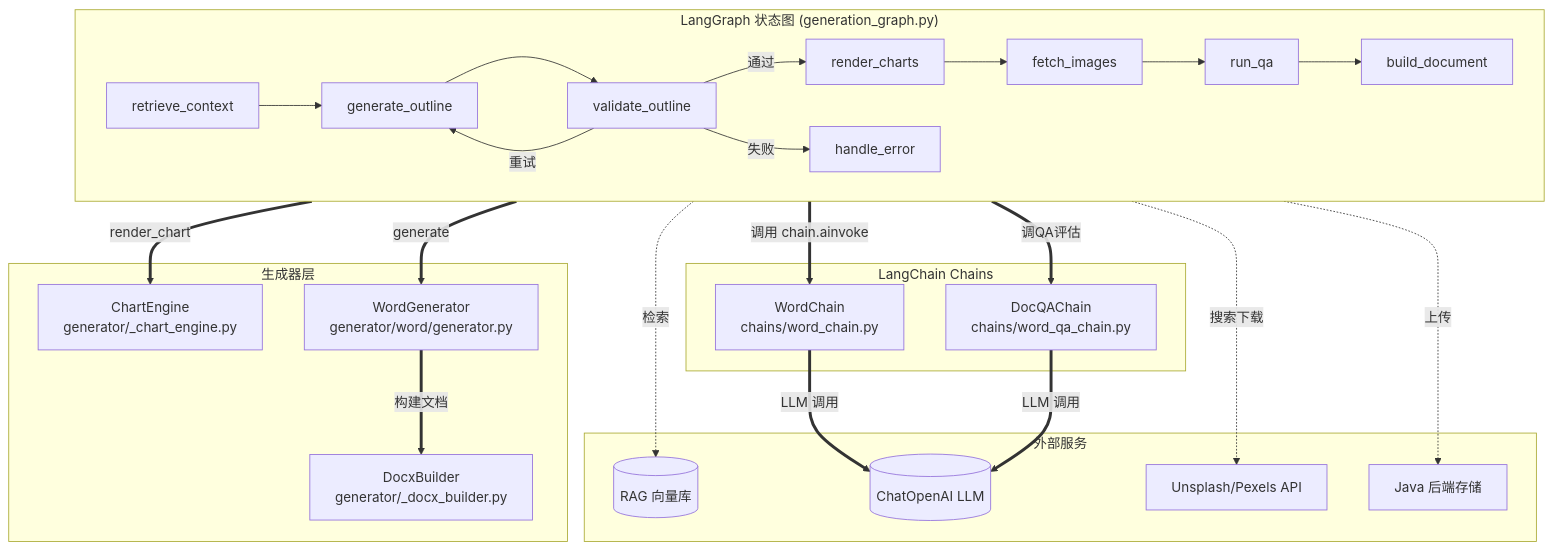
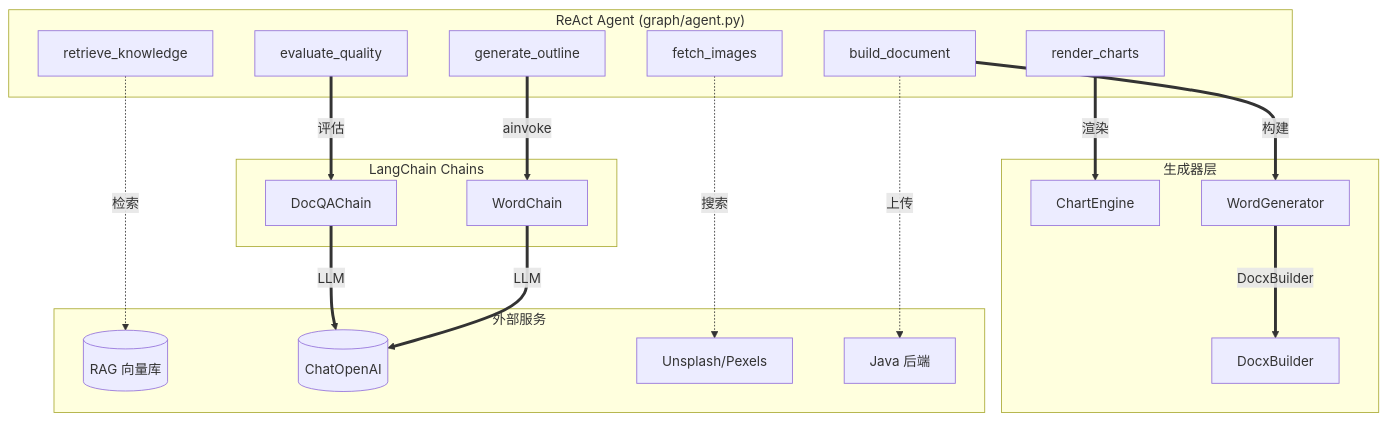
Before and after one commit to ForeverGreenDam/BirdHelp-AI: the third of 3 diagrams in doc/graph/WORD_GENERATION.md, drawn with Mermaid. The commit also changed other lines of this file and 10 other files, not shown here.

Commit message:
(feat): 重构文档生成架构为 ReAct Agent，自主编排生成流程，优化 RabbitMQ 消费逻辑

````diff
--- a/doc/graph/WORD_GENERATION.md
+++ b/doc/graph/WORD_GENERATION.md
@@ -250,52 +241,40 @@
 ```mermaid
 graph TB
-    subgraph Graph["LangGraph 状态图 (generation_graph.py)"]
-        direction LR
-        N1[retrieve_context]
-        N2[generate_outline]
-        N3[validate_outline]
-        N4[render_charts]
-        N5[fetch_images]
-        N6[run_qa]
-        N7[build_document]
-        N8[handle_error]
-
-        N1 --> N2
-        N2 --> N3
-        N3 -->|通过| N4
-        N3 -->|重试| N2
-        N3 -->|失败| N8
-        N4 --> N5
-        N5 --> N6
-        N6 --> N7
+    subgraph Agent["ReAct Agent (graph/agent.py)"]
+        T1[retrieve_knowledge]
+        T2[generate_outline]
+        T3[render_charts]
+        T4[fetch_images]
+        T5[evaluate_quality]
+        T6[build_document]
     end
 
     subgraph Chains["LangChain Chains"]
-        WC[WordChain<br/>chains/word_chain.py]
-        QA[DocQAChain<br/>chains/word_qa_chain.py]
+        WC[WordChain]
+        QA[DocQAChain]
     end
 
     subgraph Generator["生成器层"]
-        CE[ChartEngine<br/>generator/_chart_engine.py]
-        DB[DocxBuilder<br/>generator/_docx_builder.py]
-        WG[WordGenerator<br/>generator/word/generator.py]
+        CE[ChartEngine]
+        DB[DocxBuilder]
+        WG[WordGenerator]
     end
 
     subgraph External["外部服务"]
         RAG[(RAG 向量库)]
-        LLM[(ChatOpenAI LLM)]
-        UP[Unsplash/Pexels API]
-        JAVA[Java 后端存储]
+        LLM[(ChatOpenAI)]
+        UP[Unsplash/Pexels]
+        JAVA[Java 后端]
     end
 
-    N1 -.->|检索| RAG
-    N2 ==>|调用 chain.ainvoke| WC
-    WC ==>|LLM 调用| LLM
-    N4 ==>|render_chart| CE
-    N5 -.->|搜索下载| UP
-    N6 ==>|调QA评估| QA
-    QA ==>|LLM 调用| LLM
-    N7 ==>|generate| WG
-    WG ==>|构建文档| DB
-    N7 -.->|上传| JAVA
+    T1 -.->|检索| RAG
+    T2 ==>|ainvoke| WC
+    WC ==>|LLM| LLM
+    T3 ==>|渲染| CE
+    T4 -.->|搜索| UP
+    T5 ==>|评估| QA
+    QA ==>|LLM| LLM
+    T6 ==>|构建| WG
+    WG ==>|DocxBuilder| DB
+    T6 -.->|上传| JAVA
 ```
````
